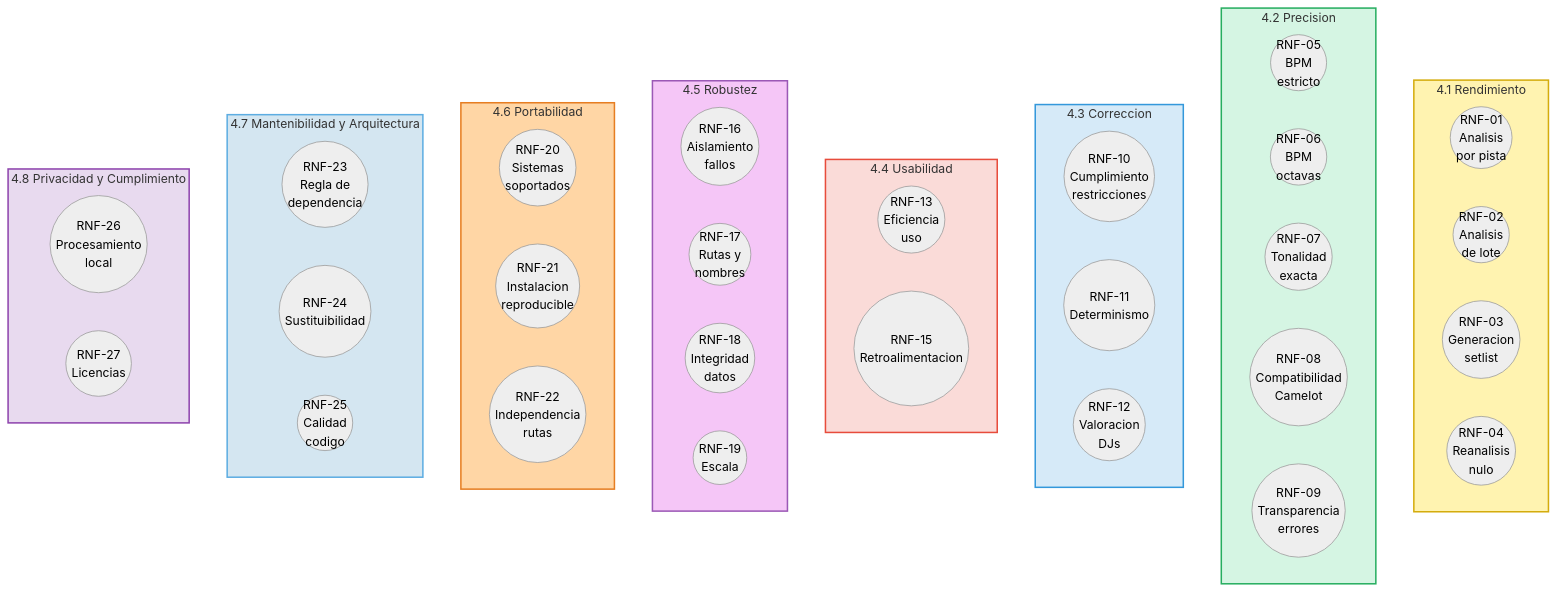
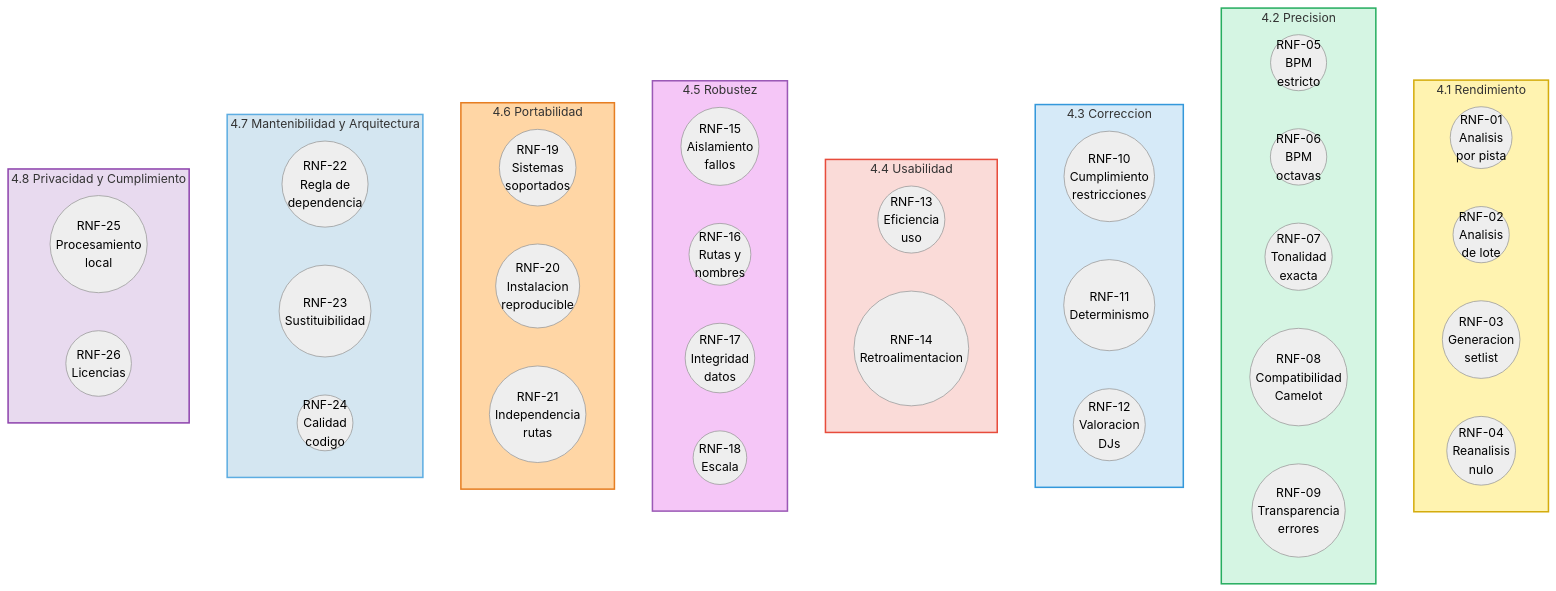
Before and after one commit to pabloo806/Trabajo-de-Fin-de-Grado: the third of 4 diagrams in docs/requirements/requirements.md, drawn with Mermaid (neutral theme). The commit also changed other lines of this file, not shown here.

````diff
--- a/docs/requirements/requirements.md
+++ b/docs/requirements/requirements.md
@@ -284,70 +284,70 @@
 ```mermaid
 flowchart TB
 
     subgraph REND["4.1 Rendimiento"]
         direction LR
         RNF01(("RNF-01<br/>Analisis<br/>por pista"))
         RNF02(("RNF-02<br/>Analisis<br/>de lote"))
         RNF03(("RNF-03<br/>Generacion<br/>setlist"))
         RNF04(("RNF-04<br/>Reanalisis<br/>nulo"))
     end
 
     subgraph PREC["4.2 Precision"]
         direction LR
         RNF05(("RNF-05<br/>BPM<br/>estricto"))
         RNF06(("RNF-06<br/>BPM<br/>octavas"))
         RNF07(("RNF-07<br/>Tonalidad<br/>exacta"))
         RNF08(("RNF-08<br/>Compatibilidad<br/>Camelot"))
         RNF09(("RNF-09<br/>Transparencia<br/>errores"))
     end
 
     subgraph CORR["4.3 Correccion"]
         direction LR
         RNF10(("RNF-10<br/>Cumplimiento<br/>restricciones"))
         RNF11(("RNF-11<br/>Determinismo"))
         RNF12(("RNF-12<br/>Valoracion<br/>DJs"))
     end
 
     subgraph USAB["4.4 Usabilidad"]
         direction LR
         RNF13(("RNF-13<br/>Eficiencia<br/>uso"))
-        RNF15(("RNF-15<br/>Retroalimentacion"))
+        RNF15(("RNF-14<br/>Retroalimentacion"))
     end
 
     subgraph ROB["4.5 Robustez"]
         direction LR
-        RNF16(("RNF-16<br/>Aislamiento<br/>fallos"))
-        RNF17(("RNF-17<br/>Rutas y<br/>nombres"))
-        RNF18(("RNF-18<br/>Integridad<br/>datos"))
-        RNF19(("RNF-19<br/>Escala"))
+        RNF16(("RNF-15<br/>Aislamiento<br/>fallos"))
+        RNF17(("RNF-16<br/>Rutas y<br/>nombres"))
+        RNF18(("RNF-17<br/>Integridad<br/>datos"))
+        RNF19(("RNF-18<br/>Escala"))
     end
 
     subgraph PORT["4.6 Portabilidad"]
         direction LR
-        RNF20(("RNF-20<br/>Sistemas<br/>soportados"))
-        RNF21(("RNF-21<br/>Instalacion<br/>reproducible"))
-        RNF22(("RNF-22<br/>Independencia<br/>rutas"))
+        RNF20(("RNF-19<br/>Sistemas<br/>soportados"))
+        RNF21(("RNF-20<br/>Instalacion<br/>reproducible"))
+        RNF22(("RNF-21<br/>Independencia<br/>rutas"))
     end
 
     subgraph ARQ["4.7 Mantenibilidad y Arquitectura"]
         direction LR
-        RNF23(("RNF-23<br/>Regla de<br/>dependencia"))
-        RNF24(("RNF-24<br/>Sustituibilidad"))
-        RNF25(("RNF-25<br/>Calidad<br/>codigo"))
+        RNF23(("RNF-22<br/>Regla de<br/>dependencia"))
+        RNF24(("RNF-23<br/>Sustituibilidad"))
+        RNF25(("RNF-24<br/>Calidad<br/>codigo"))
     end
 
     subgraph PRIV["4.8 Privacidad y Cumplimiento"]
         direction LR
-        RNF26(("RNF-26<br/>Procesamiento<br/>local"))
-        RNF27(("RNF-27<br/>Licencias"))
+        RNF26(("RNF-25<br/>Procesamiento<br/>local"))
+        RNF27(("RNF-26<br/>Licencias"))
     end
 
     style REND fill:#FFF3B0,stroke:#D4AC0D,stroke-width:2px
     style PREC fill:#D5F5E3,stroke:#27AE60,stroke-width:2px
     style CORR fill:#D6EAF8,stroke:#3498DB,stroke-width:2px
     style USAB fill:#FADBD8,stroke:#E74C3C,stroke-width:2px
     style ROB fill:#F5C6F7,stroke:#9B59B6,stroke-width:2px
     style PORT fill:#FFD6A5,stroke:#E67E22,stroke-width:2px
     style ARQ fill:#D4E6F1,stroke:#5DADE2,stroke-width:2px
     style PRIV fill:#E8DAEF,stroke:#8E44AD,stroke-width:2px
 ```
````
